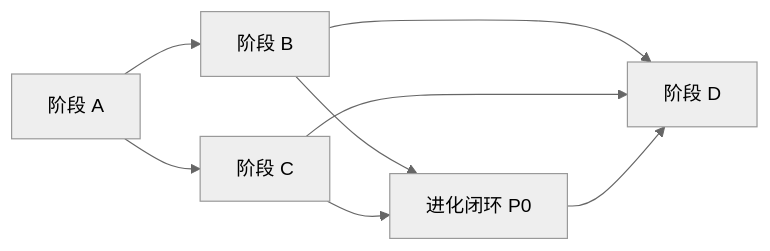
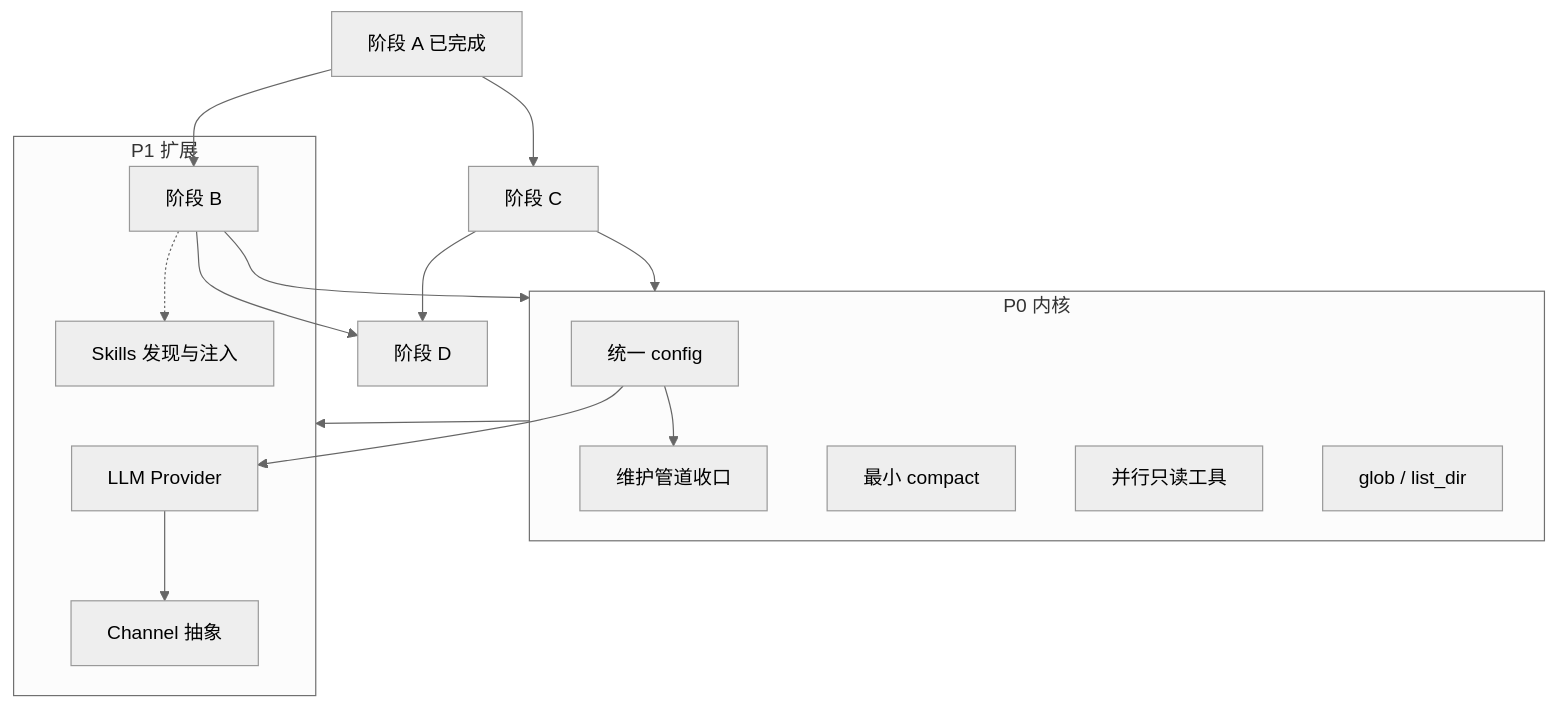
The diagram in docs/todo.md (lengzhao/oneclaw), drawn with Mermaid (neutral theme) before and after one commit. The commit also changed other lines of this file and 17 other files, not shown here.

````diff
--- a/docs/todo.md
+++ b/docs/todo.md
@@ -89,10 +164,26 @@
 ```mermaid
-flowchart LR
-  A[阶段 A] --> B[阶段 B]
+flowchart TB
+  subgraph P0["P0 内核"]
+    CFG[统一 config]
+    MAINT[维护管道收口]
+    CMP[最小 compact]
+    PAR[并行只读工具]
+    GLOB[glob / list_dir]
+    CFG --> MAINT
+  end
+  subgraph P1["P1 扩展"]
+    LLM[LLM Provider]
+    CH[Channel 抽象]
+    SK[Skills 发现与注入]
+    CFG --> LLM
+    LLM --> CH
+    B -.-> SK
+  end
+  A[阶段 A 已完成] --> B[阶段 B]
   A --> C[阶段 C]
-  B --> Evo[进化闭环 P0]
-  C --> Evo
+  B --> P0
+  C --> P0
+  P0 --> P1
   B --> D[阶段 D]
   C --> D
-  Evo --> D
 ```
````
